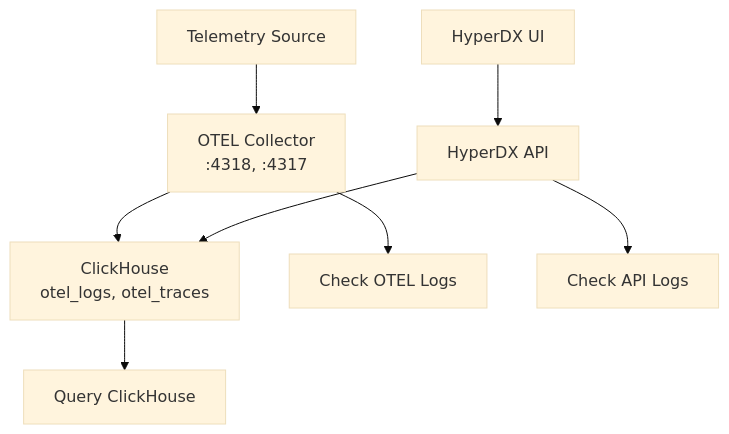
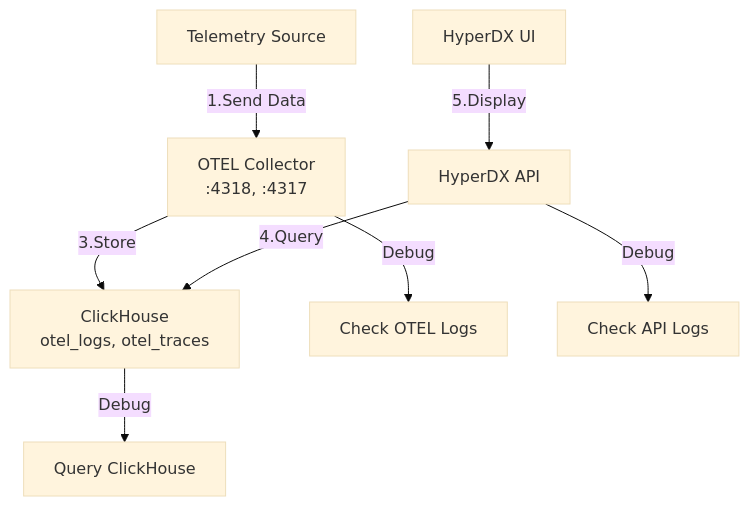
Before and after one commit to openchoreo/openchoreo: the sixth of 7 diagrams in docs/hyperdxio-helm-charts-docs/Troubleshooting.md, drawn with Mermaid (base theme). The commit also changed other lines of this file and 85 other files, not shown here.

Commit message:
feat: Add new workflow and specification templates, update Helm chart dependencies, and clarify documentation diagrams.

````diff
--- a/docs/hyperdxio-helm-charts-docs/Troubleshooting.md
+++ b/docs/hyperdxio-helm-charts-docs/Troubleshooting.md
@@ -575,20 +575,20 @@
 ```mermaid
 flowchart TD
 
 Source["Telemetry Source"]
 OTEL["OTEL Collector<br>:4318, :4317"]
 CH["ClickHouse<br>otel_logs, otel_traces"]
 API["HyperDX API"]
 UI["HyperDX UI"]
 CheckOTEL["Check OTEL Logs"]
 CheckCH["Query ClickHouse"]
 CheckAPI["Check API Logs"]
 
-Source --> OTEL
-OTEL --> CH
-API --> CH
-UI --> API
-OTEL --> CheckOTEL
-CH --> CheckCH
-API --> CheckAPI
+Source -->|"1.Send Data"| OTEL
+OTEL -->|"3.Store"| CH
+API -->|"4.Query"| CH
+UI -->|"5.Display"| API
+OTEL -->|"Debug"| CheckOTEL
+CH -->|"Debug"| CheckCH
+API -->|"Debug"| CheckAPI
 ```
````
